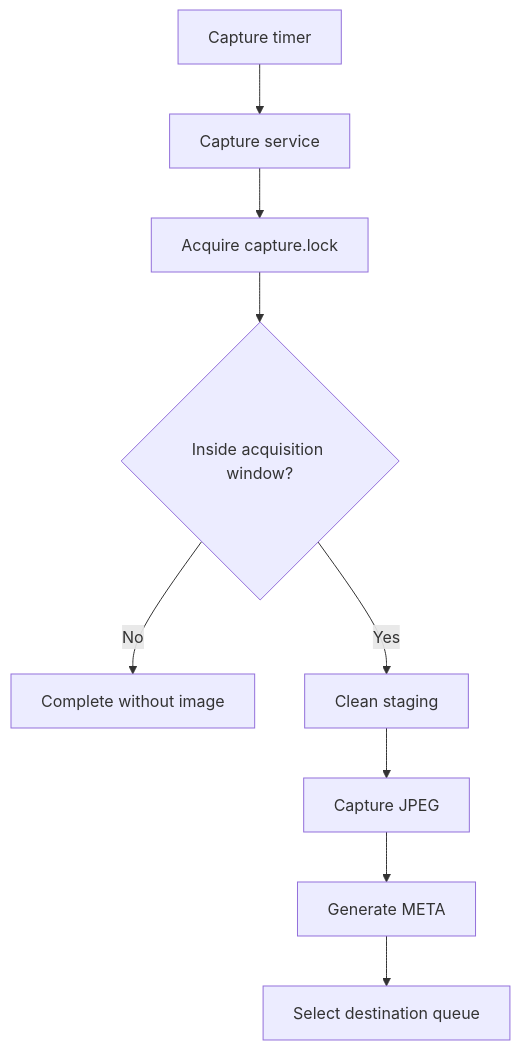
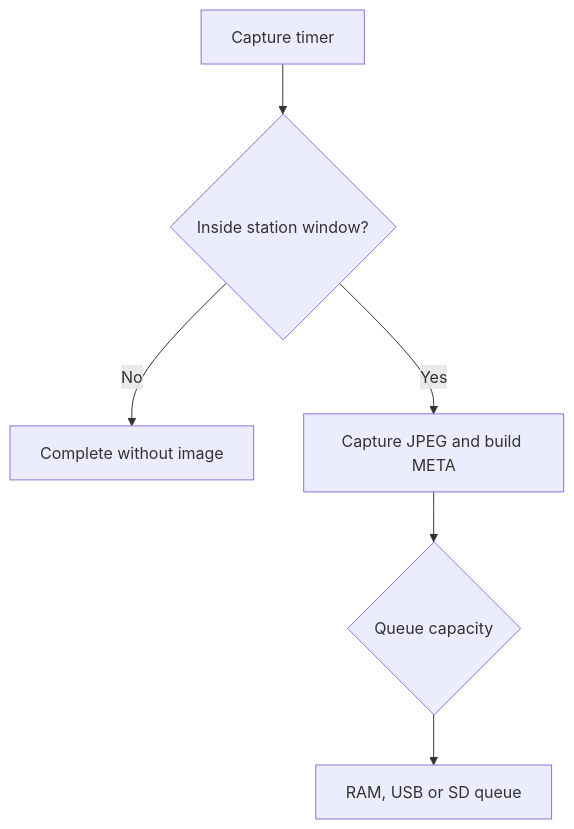
Before and after one commit to luca-c-eng/oscars-phenocam: the first of 2 diagrams in software/docs/ARCHITECTURE.md, drawn with Mermaid. The commit also changed other lines of this file, not shown here.

First line of the commit message:
Revise architecture documentation for OSCARS-PHENOCAM

````diff
--- a/software/docs/ARCHITECTURE.md
+++ b/software/docs/ARCHITECTURE.md
@@ -70,11 +41,8 @@
 ```mermaid
 flowchart TD
-    A["Capture timer"] --> B["Capture service"]
-    B --> C["Acquire capture.lock"]
-    C --> D{"Inside acquisition window?"}
-    D -- No --> E["Complete without image"]
-    D -- Yes --> F["Clean staging"]
-    F --> G["Capture JPEG"]
-    G --> H["Generate META"]
-    H --> I["Select destination queue"]
+    A["Capture timer"] --> B{"Inside station window?"}
+    B -- No --> C["Complete without image"]
+    B -- Yes --> D["Capture JPEG and build META"]
+    D --> E{"Queue capacity"}
+    E --> F["RAM, USB or SD queue"]
 ```
````
